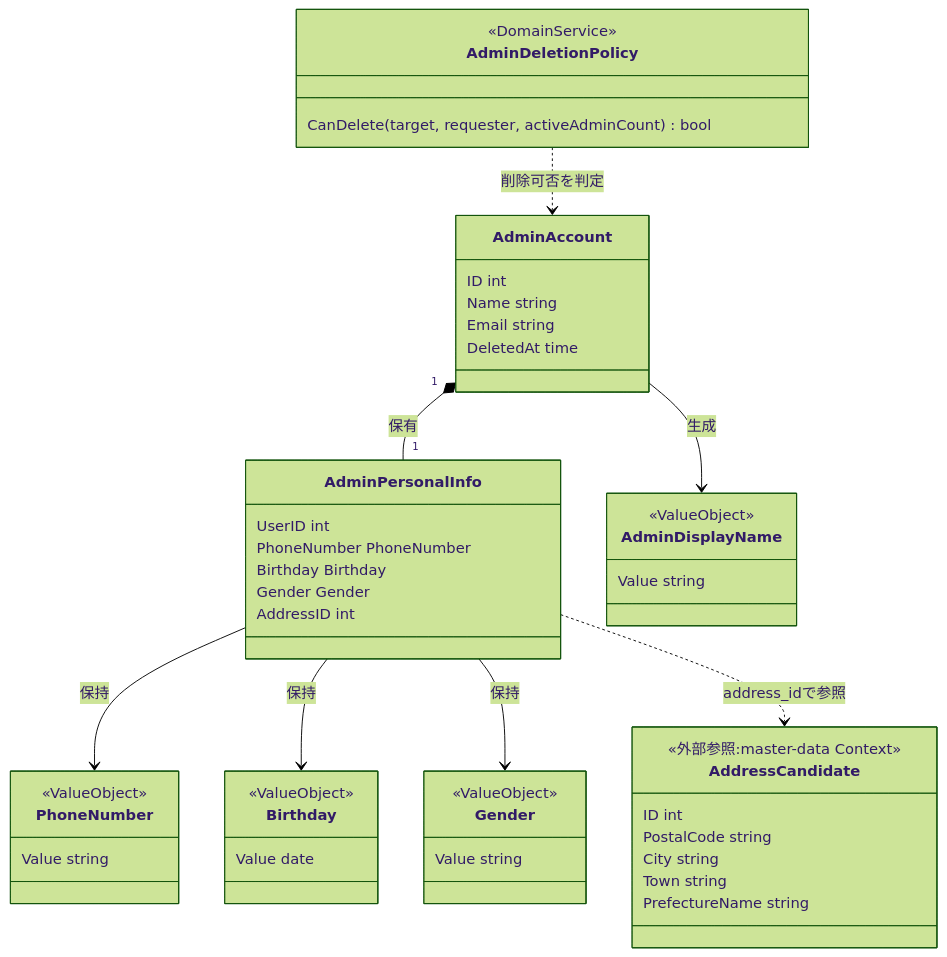
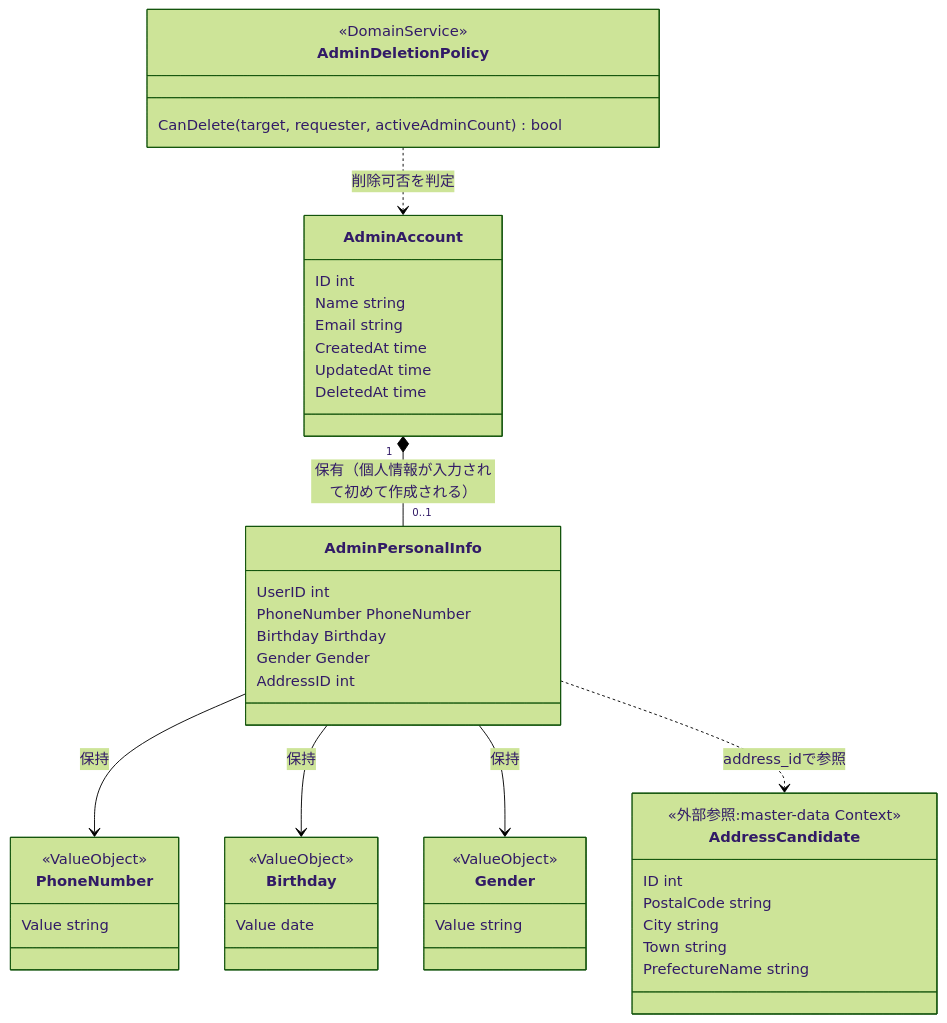
One commit to yuta20253/edu-platform-go-design changed the first of 5 diagrams in 計画書/GO移行・設計仕様書/管理者管理者ユーザー機能_Go移行・設計仕様書.md. Above: the diagram before and after it, drawn with Mermaid (forest theme). The commit also changed other lines of this file and 34 other files, not shown here.

````diff
--- a/計画書/GO移行・設計仕様書/管理者管理者ユーザー機能_Go移行・設計仕様書.md
+++ b/計画書/GO移行・設計仕様書/管理者管理者ユーザー機能_Go移行・設計仕様書.md
@@ -217,52 +213,49 @@
 ```mermaid
 classDiagram
     class AdminAccount {
         ID int
         Name string
         Email string
+        CreatedAt time
+        UpdatedAt time
         DeletedAt time
     }
     class AdminPersonalInfo {
         UserID int
         PhoneNumber PhoneNumber
         Birthday Birthday
         Gender Gender
         AddressID int
     }
     class PhoneNumber {
         <<ValueObject>>
         Value string
     }
     class Birthday {
         <<ValueObject>>
         Value date
     }
     class Gender {
         <<ValueObject>>
         Value string
     }
-    class AdminDisplayName {
-        <<ValueObject>>
-        Value string
-    }
     class AdminDeletionPolicy {
         <<DomainService>>
         CanDelete(target, requester, activeAdminCount) bool
     }
     class AddressCandidate {
         <<外部参照:master-data Context>>
         ID int
         PostalCode string
         City string
         Town string
         PrefectureName string
     }
 
-    AdminAccount "1" *-- "1" AdminPersonalInfo : 保有
-    AdminAccount --> AdminDisplayName : 生成
+    AdminAccount "1" *-- "0..1" AdminPersonalInfo : 保有（個人情報が入力されて初めて作成される）
     AdminPersonalInfo --> PhoneNumber : 保持
     AdminPersonalInfo --> Birthday : 保持
     AdminPersonalInfo --> Gender : 保持
     AdminPersonalInfo ..> AddressCandidate : address_idで参照
     AdminDeletionPolicy ..> AdminAccount : 削除可否を判定
 ```
````
